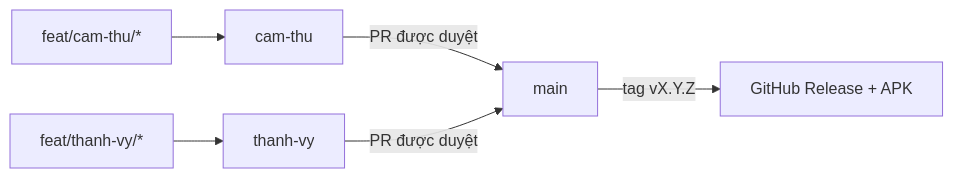
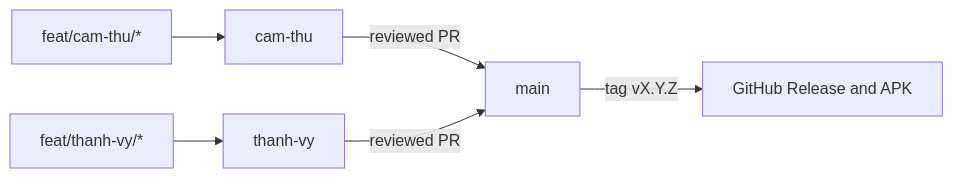
The diagram in docs/WORKFLOW.md (zenith-nguyen/Moto_care), drawn with Mermaid before and after one commit. The commit also changed other lines of this file and 12 other files, not shown here.

````diff
--- a/docs/WORKFLOW.md
+++ b/docs/WORKFLOW.md
@@ -7,8 +7,8 @@
 ```mermaid
 flowchart LR
   F1[feat/cam-thu/*] --> CT[cam-thu]
   F2[feat/thanh-vy/*] --> TV[thanh-vy]
-  CT -->|PR được duyệt| M[main]
-  TV -->|PR được duyệt| M
-  M -->|tag vX.Y.Z| R[GitHub Release + APK]
+  CT -->|reviewed PR| M[main]
+  TV -->|reviewed PR| M
+  M -->|tag vX.Y.Z| R[GitHub Release and APK]
 ```
````
